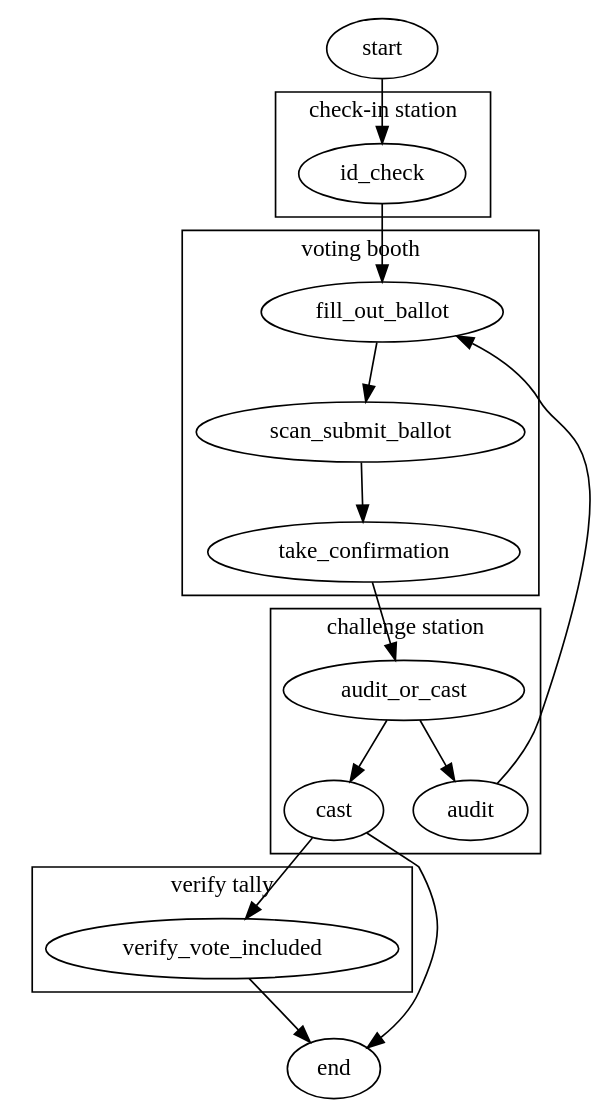
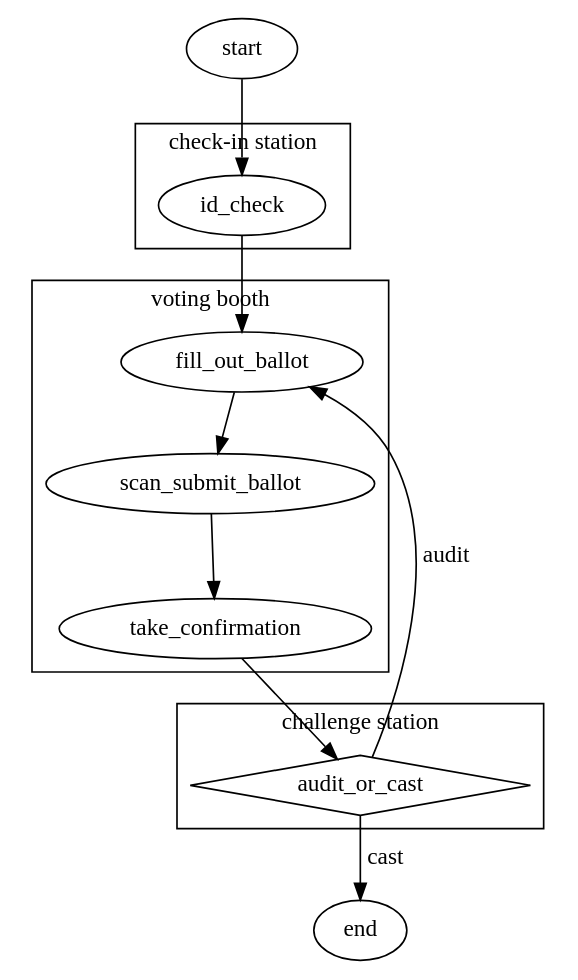
Before and after one commit to jefdaj/cryptoisland: the diagram in src/posts/2024/10/15/mechanics-of-the-benaloh-challenge/current-workflow.dot, drawn with Graphviz. The commit also changed 3 other files, not shown here.

```diff
--- a/src/posts/2024/10/15/mechanics-of-the-benaloh-challenge/current-workflow.dot
+++ b/src/posts/2024/10/15/mechanics-of-the-benaloh-challenge/current-workflow.dot
@@ -1,25 +1,26 @@
 digraph current_workflow {
   start -> id_check
   subgraph cluster_votingbooth {
     label="voting booth"
     fill_out_ballot -> scan_submit_ballot -> take_confirmation
   }
   subgraph cluster_checkin {
     label="check-in station"
     id_check -> fill_out_ballot
   }
   subgraph cluster_challenge {
     label="challenge station"
-    audit_or_cast -> {audit,cast}
-    rank=same {audit,cast}
+    audit_or_cast [shape=diamond]
   }
-  subgraph cluster_verify {
-    label="verify tally"
-    verify_vote_included
-  }
+  // TODO separate post
+  // subgraph cluster_verify {
+  //   label="verify tally"
+  //   verify_vote_included -> verify_tally
+  // }
   take_confirmation -> audit_or_cast
-  audit -> fill_out_ballot
-  cast -> verify_vote_included
-  verify_vote_included -> end
-  cast -> end
+  audit_or_cast -> fill_out_ballot [label="audit"]
+  // audit_or_cast -> verify_vote_included [label="cast"]
+  audit_or_cast -> end [label="cast"]
+  // verify_vote_included -> end
+  // verify_tally -> end
 }
```
